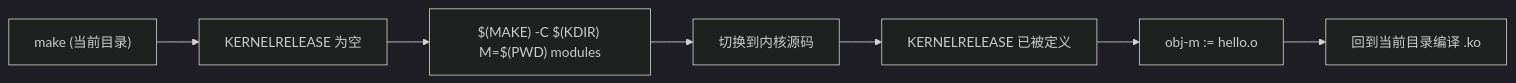
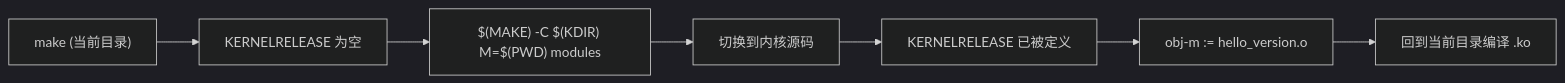
The second of 10 diagrams in Bootlin-实验总结.md (2549227674/linux-kernel-driver-labs), drawn with Mermaid (dark theme) before and after one commit. The commit also changed other lines of this file, not shown here.

````diff
--- a/Bootlin-实验总结.md
+++ b/Bootlin-实验总结.md
@@ -99,9 +95,9 @@
 ```mermaid
 graph LR
     A["make (当前目录)"] --> B["KERNELRELEASE 为空"]
     B --> C["$(MAKE) -C $(KDIR) M=$(PWD) modules"]
     C --> D["切换到内核源码"]
     D --> E["KERNELRELEASE 已被定义"]
-    E --> F["obj-m := hello.o"]
+    E --> F["obj-m := hello_version.o"]
     F --> G["回到当前目录编译 .ko"]
 ```
````
